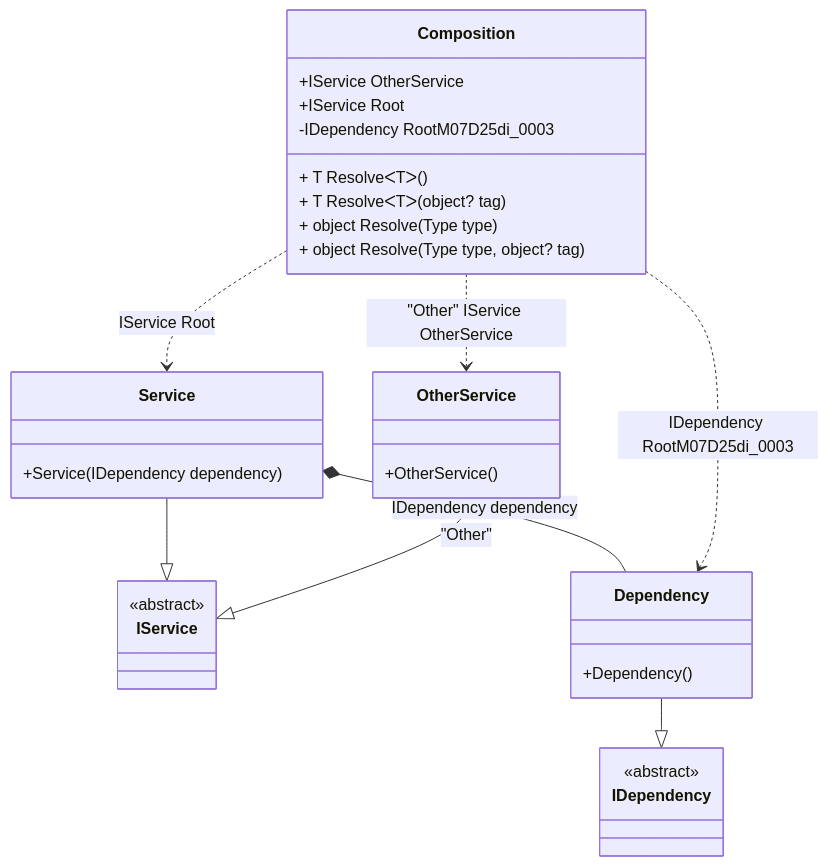
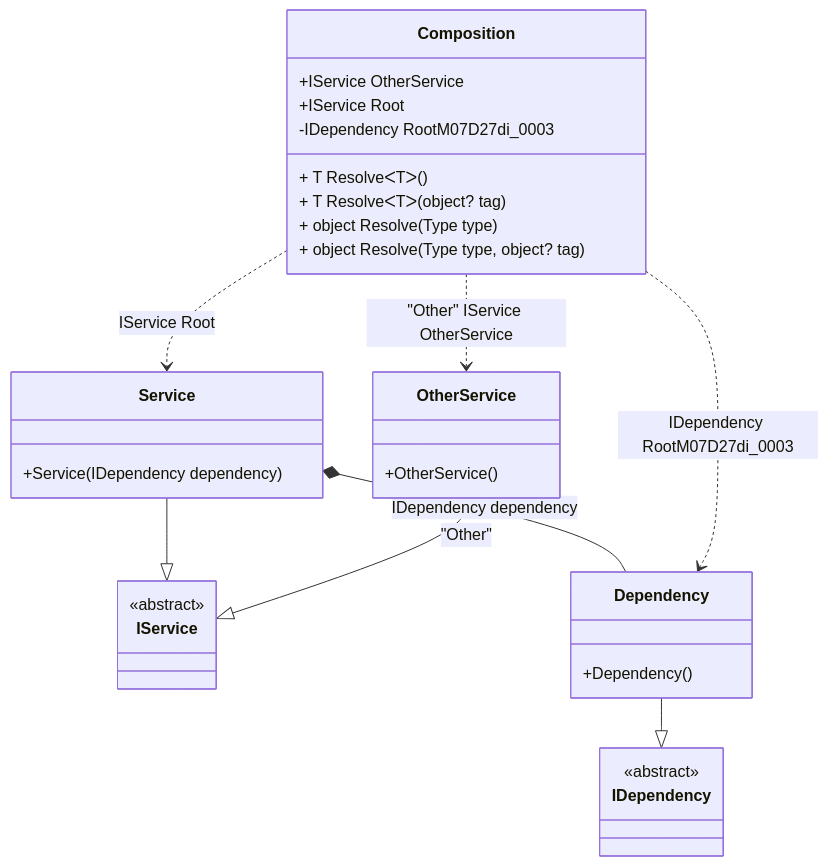
One commit to DevTeam/Pure.DI changed the diagram in readme/composition-roots.md. Above: the diagram before and after it, drawn with Mermaid. The commit also changed other lines of this file and 53 other files, not shown here.

````diff
--- a/readme/composition-roots.md
+++ b/readme/composition-roots.md
@@ -45,34 +45,34 @@
 ```mermaid
 classDiagram
   class Composition {
     +IService OtherService
     +IService Root
-    -IDependency RootM07D25di_0003
+    -IDependency RootM07D27di_0003
     + T ResolveᐸTᐳ()
     + T ResolveᐸTᐳ(object? tag)
     + object Resolve(Type type)
     + object Resolve(Type type, object? tag)
   }
   Service --|> IService : 
   class Service {
     +Service(IDependency dependency)
   }
   OtherService --|> IService : "Other" 
   class OtherService {
     +OtherService()
   }
   Dependency --|> IDependency : 
   class Dependency {
     +Dependency()
   }
   class IService {
     <<abstract>>
   }
   class IDependency {
     <<abstract>>
   }
   Service *--  Dependency : IDependency dependency
   Composition ..> Service : IService Root
   Composition ..> OtherService : "Other" IService OtherService
-  Composition ..> Dependency : IDependency RootM07D25di_0003
+  Composition ..> Dependency : IDependency RootM07D27di_0003
 ```
````
